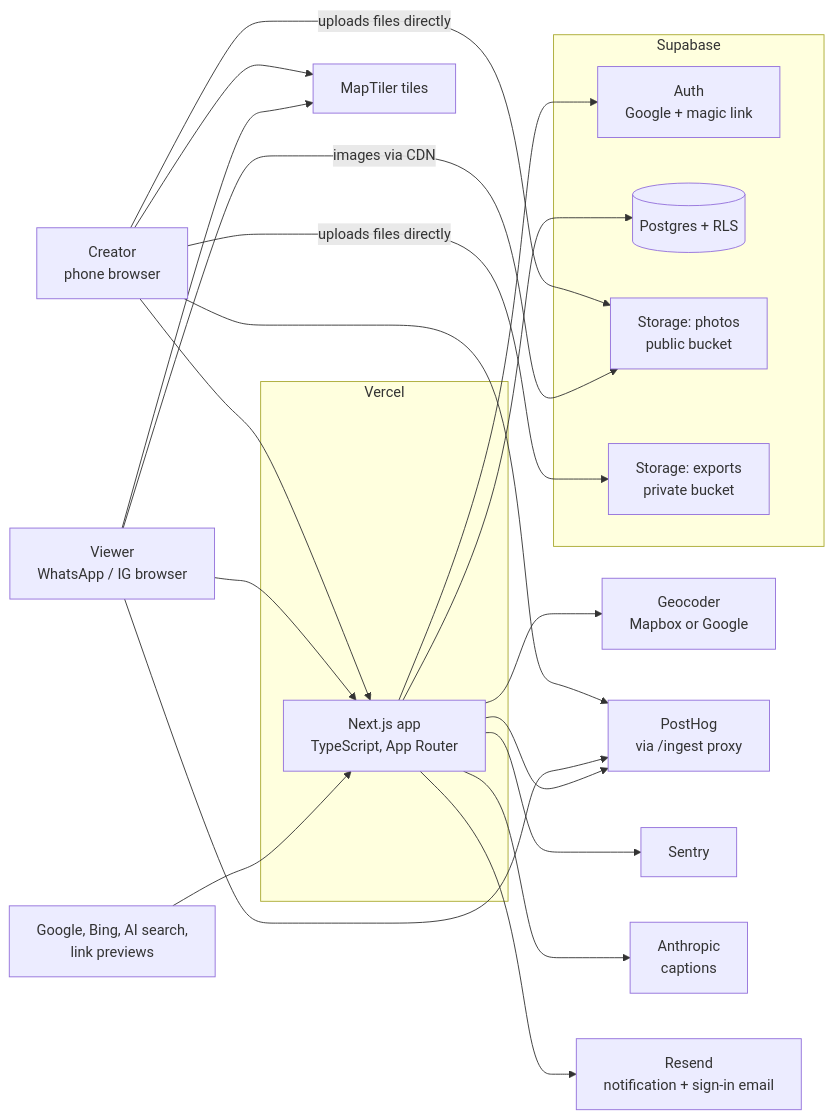
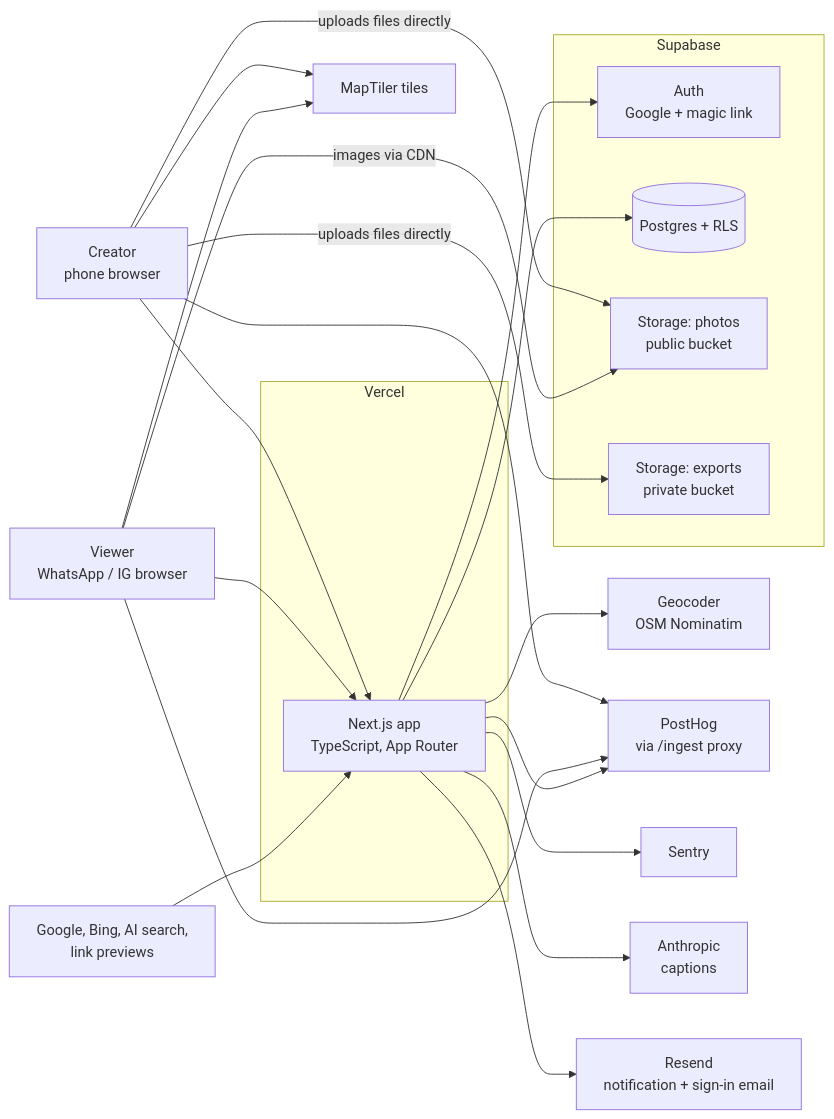
Before and after one commit to onquestco/onquest: the first of 3 diagrams in docs/01-hld.md, drawn with Mermaid. The commit also changed other lines of this file and 9 other files, not shown here.

````diff
--- a/docs/01-hld.md
+++ b/docs/01-hld.md
@@ -32,30 +32,30 @@
 ```mermaid
 flowchart LR
   C[Creator<br/>phone browser] --> N
   V[Viewer<br/>WhatsApp / IG browser] --> N
   B[Google, Bing, AI search,<br/>link previews] --> N
 
   subgraph Vercel
     N[Next.js app<br/>TypeScript, App Router]
   end
 
   subgraph Supabase
     A[Auth<br/>Google + magic link]
     DB[(Postgres + RLS)]
     P[Storage: photos<br/>public bucket]
     E[Storage: exports<br/>private bucket]
   end
 
   N --> A
   N --> DB
   C -->|uploads files directly| P
   C -->|uploads files directly| E
   V -->|images via CDN| P
   C & V --> MT[MapTiler tiles]
-  N --> GEO[Geocoder<br/>Mapbox or Google]
+  N --> GEO[Geocoder<br/>OSM Nominatim]
   C & V --> PH[PostHog<br/>via /ingest proxy]
   N --> PH
   N --> S[Sentry]
   N --> AI[Anthropic<br/>captions]
   N --> RS[Resend<br/>notification + sign-in email]
 ```
````
